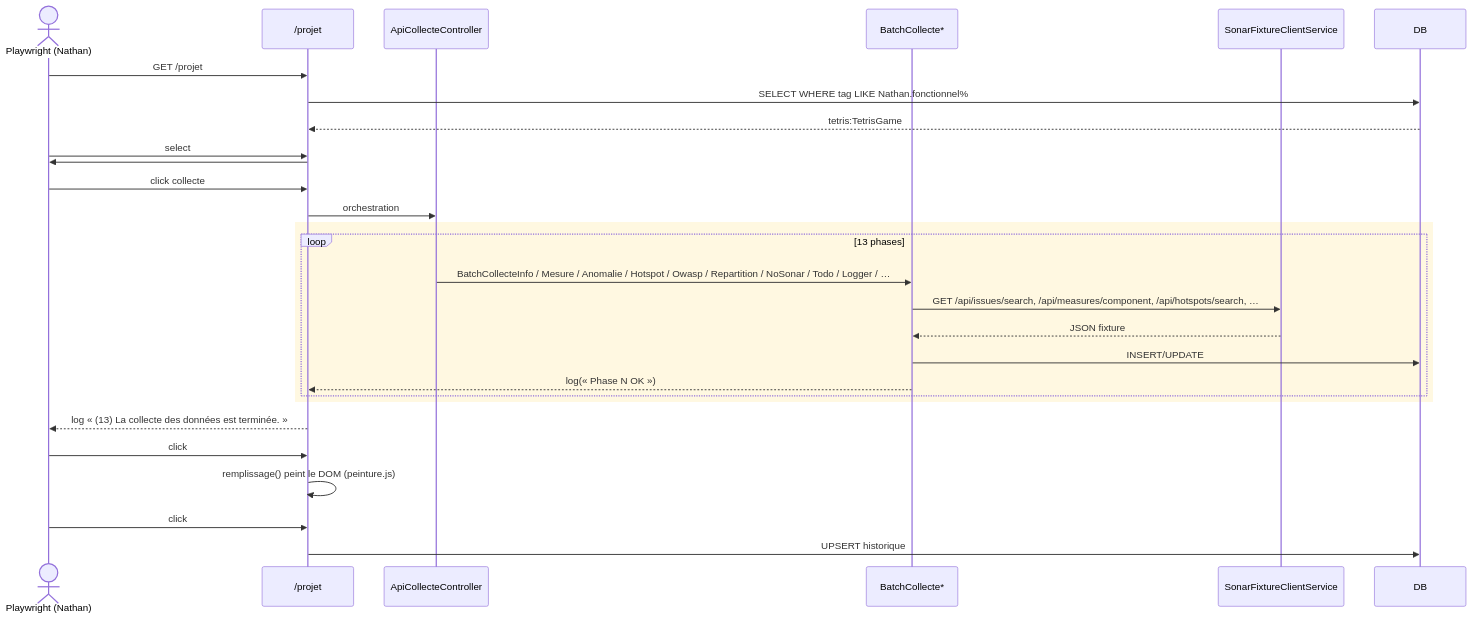
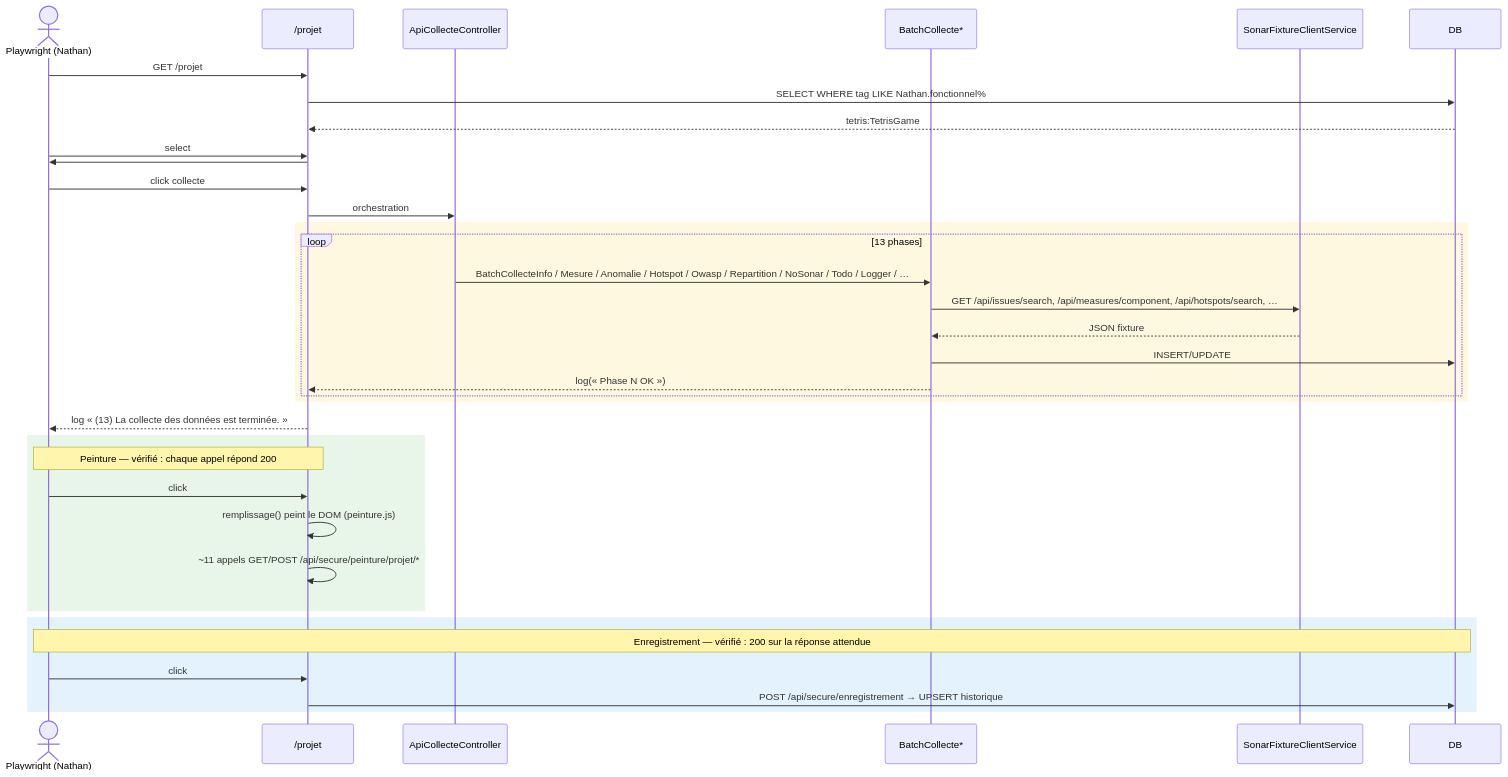
Before and after one commit to Laurent-hadjadj/ma-moulinette: the seventh of 12 diagrams in mkDocs/docs/ma-moulinette/developpement/test-e2e.md, drawn with Mermaid. The commit also changed other lines of this file and 7 other files, not shown here.

````diff
--- a/mkDocs/docs/ma-moulinette/developpement/test-e2e.md
+++ b/mkDocs/docs/ma-moulinette/developpement/test-e2e.md
@@ -282,37 +311,44 @@
 ```mermaid
 sequenceDiagram
     actor PW as Playwright (Nathan)
     participant Projet as /projet
     participant Collecte as ApiCollecteController
     participant Batch as BatchCollecte*
     participant Sonar as SonarFixtureClientService
     participant DB
 
     PW->>Projet: GET /projet
     Projet->>DB: SELECT WHERE tag LIKE Nathan.fonctionnel%
     DB-->>Projet: tetris:TetrisGame
 
     PW->>Projet: select #liste-projet → tetris
     Projet->>PW: #bouton-collecte-indicateur activé
 
     PW->>Projet: click collecte
     Projet->>Collecte: orchestration
 
     rect rgb(255, 248, 225)
     loop 13 phases
         Collecte->>Batch: BatchCollecteInfo / Mesure / Anomalie / Hotspot / Owasp / Repartition / NoSonar / Todo / Logger / …
         Batch->>Sonar: GET /api/issues/search, /api/measures/component, /api/hotspots/search, …
         Sonar-->>Batch: JSON fixture
         Batch->>DB: INSERT/UPDATE
         Batch-->>Projet: log(« Phase N OK »)
     end
     end
 
     Projet-->>PW: log « (13) La collecte des données est terminée. »
 
+    rect rgb(232, 245, 233)
+    Note over PW,Projet: Peinture — vérifié : chaque appel répond 200
     PW->>Projet: click #bouton-affiche-indicateur
     Projet->>Projet: remplissage() peint le DOM (peinture.js)
+    Projet->>Projet: ~11 appels GET/POST /api/secure/peinture/projet/*
+    end
 
+    rect rgb(227, 242, 253)
+    Note over PW,DB: Enregistrement — vérifié : 200 sur la réponse attendue
     PW->>Projet: click #bouton-enregistrement-indicateur
-    Projet->>DB: UPSERT historique
+    Projet->>DB: POST /api/secure/enregistrement → UPSERT historique
+    end
 ```
````
